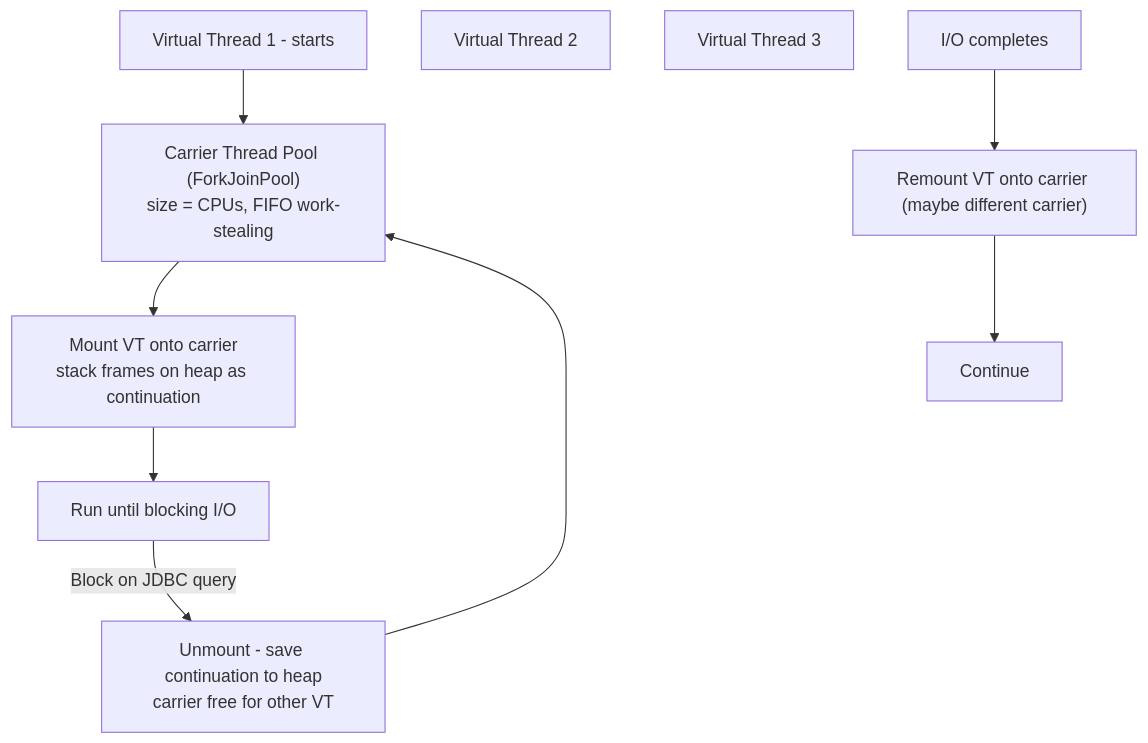
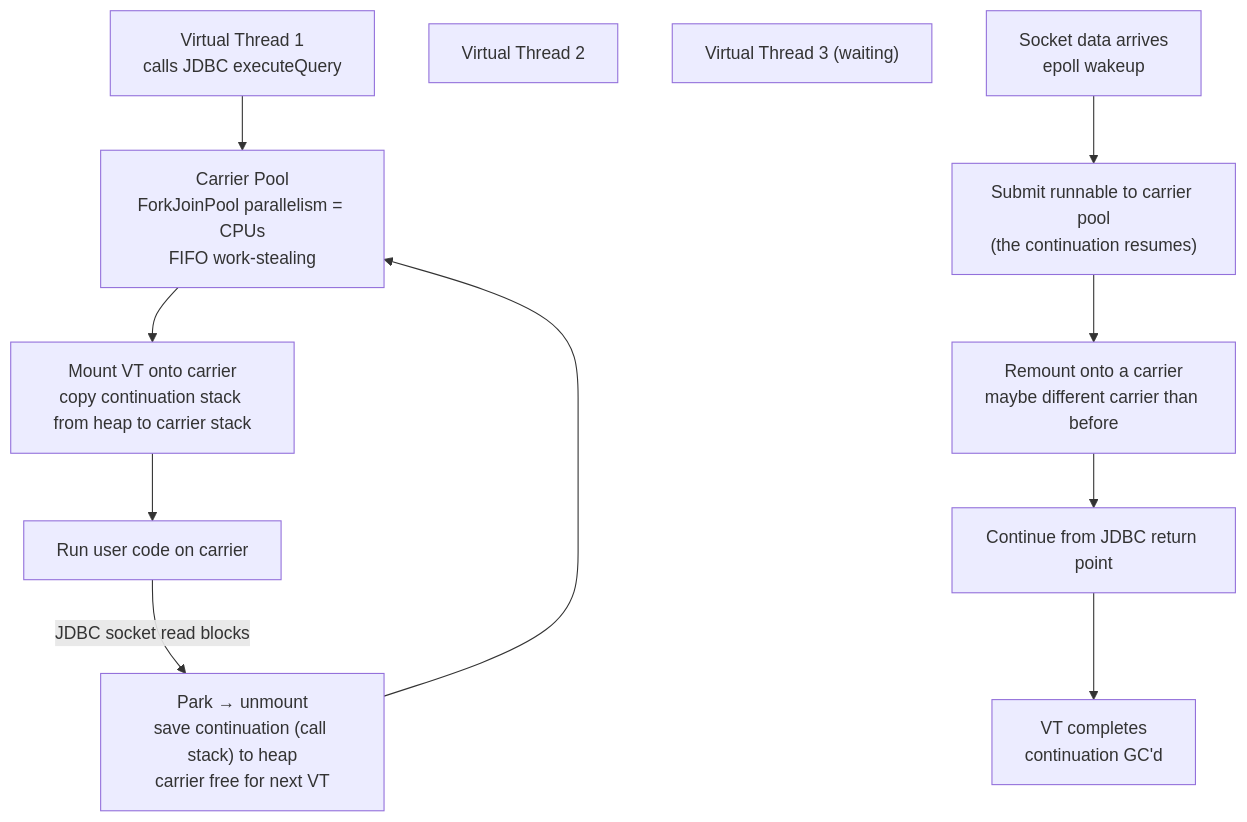
One commit to vanos001/placement_prep changed the diagram in src/languages/java/virtual-threads.md. Above: the diagram before and after it, drawn with Mermaid. The commit also changed other lines of this file, not shown here.

First line of the commit message:
docs(java): expand virtual-threads page with depth

````diff
--- a/src/languages/java/virtual-threads.md
+++ b/src/languages/java/virtual-threads.md
@@ -29,12 +54,14 @@
 ```mermaid
 flowchart TD
-    VT1["Virtual Thread 1 - starts"] --> CAR1["Carrier Thread Pool (ForkJoinPool)<br/>size = CPUs, FIFO work-stealing"]
+    VT1["Virtual Thread 1<br/>calls JDBC executeQuery"] --> CAR1["Carrier Pool<br/>ForkJoinPool parallelism = CPUs<br/>FIFO work-stealing"]
     VT2["Virtual Thread 2"]
-    VT3["Virtual Thread 3"]
-    CAR1 --> MOUNT["Mount VT onto carrier<br/>stack frames on heap as continuation"]
-    MOUNT --> RUN["Run until blocking I/O"]
-    RUN -->|Block on JDBC query| UNMOUNT["Unmount - save continuation to heap<br/>carrier free for other VT"]
+    VT3["Virtual Thread 3 (waiting)"]
+    CAR1 --> MOUNT["Mount VT onto carrier<br/>copy continuation stack from heap to carrier stack"]
+    MOUNT --> RUN["Run user code on carrier"]
+    RUN -->|JDBC socket read blocks| UNMOUNT["Park → unmount<br/>save continuation (call stack) to heap<br/>carrier free for next VT"]
     UNMOUNT --> CAR1
-    IO["I/O completes"] --> REMOUNT["Remount VT onto carrier (maybe different carrier)"]
-    REMOUNT --> RUN2["Continue"]
+    SOCK["Socket data arrives<br/>epoll wakeup"] --> SUBMIT["Submit runnable to carrier pool<br/>(the continuation resumes)"]
+    SUBMIT --> REMOUNT["Remount onto a carrier<br/>maybe different carrier than before"]
+    REMOUNT --> RUN2["Continue from JDBC return point"]
+    RUN2 --> DONE["VT completes<br/>continuation GC'd"]
 ```
````
